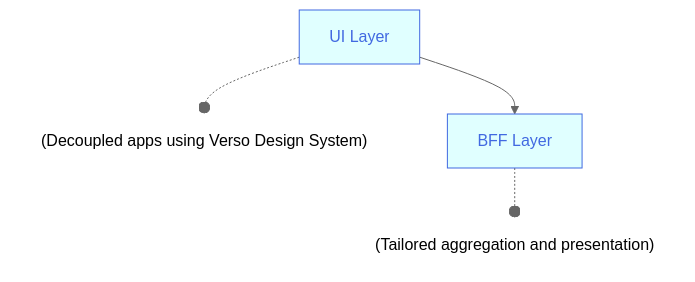
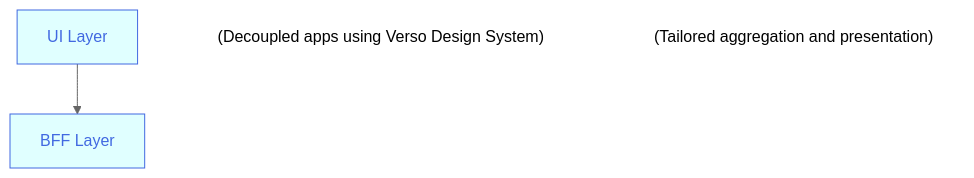
One commit to joe-dorward/samples changed the diagram in buttons_mermaid_v3.md. Above: the diagram before and after it, drawn with Mermaid (neutral theme).

````diff
--- a/buttons_mermaid_v3.md
+++ b/buttons_mermaid_v3.md
@@ -3,33 +3,33 @@
 ```mermaid
   %%{
     init: {"flowchart": { "markdownAutoWrap":"false", "textWrap":"false", "wrappingWidth": "100%" }
     }
   }%%
   flowchart TD
 
   %% define styles
   classDef Button fill:lightcyan, stroke:royalblue, color:royalblue;
   classDef Note fill:transparent, stroke:white, text-align:left;
   %% ---------- ---------- ---------- ---------- ---------- ---------- ---------- ---------- ---------- ----------
 
     BUTTON_01[UI Layer]:::Button
     click BUTTON_01 "https://en.wikipedia.org/wiki/Main_Page" _blank
     BUTTON_01_NOTE["(Decoupled apps using Verso Design System)"]:::Note
   
     %% connect button to note
-    BUTTON_01-.-o
-    BUTTON_01_NOTE
+    %%BUTTON_01-.-o
+    %%BUTTON_01_NOTE
 
   %% ---------- ---------- ---------- ---------- ---------- ---------- ---------- ---------- ---------- ----------
 
     BUTTON_02[BFF Layer]:::Button
     click BUTTON_02 "https://en.wikipedia.org/wiki/Main_Page" _blank
     BUTTON_02_NOTE["(Tailored aggregation and presentation)"]:::Note
   
     %% connect button to note
-    BUTTON_02-.-o
-    BUTTON_02_NOTE
+    %%BUTTON_02-.-o
+    %%BUTTON_02_NOTE
  
   %% ---------- ---------- ---------- ---------- ---------- ---------- ---------- ---------- ---------- ----------
 BUTTON_01-->BUTTON_02
 ```
````
